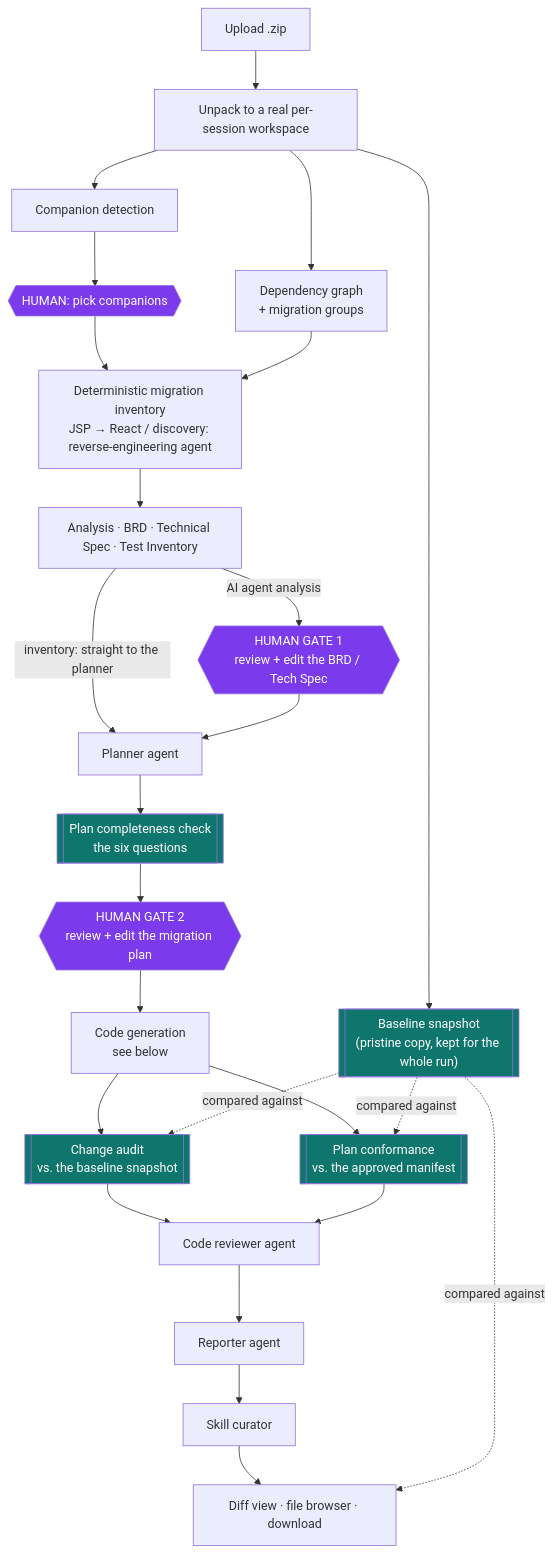
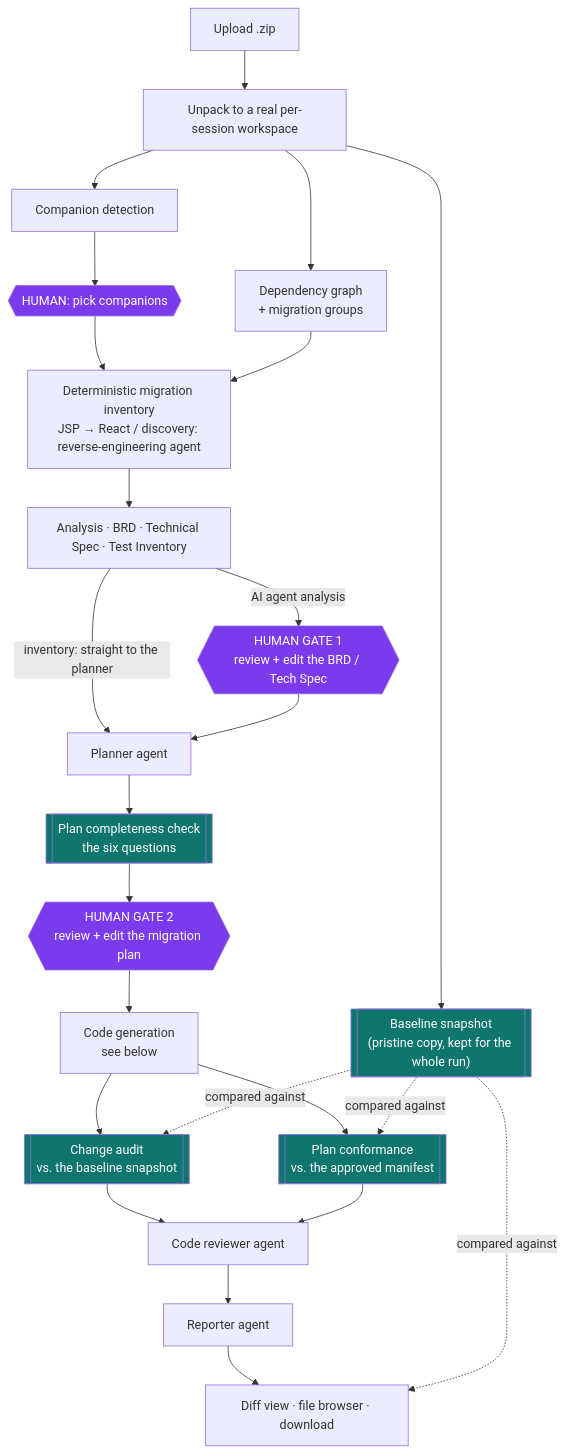
Before and after one commit to Sugeesh-suresh/app-modernizer: the first of 4 diagrams in README.md, drawn with Mermaid. The commit also changed other lines of this file and 42 other files, not shown here.

First line of the commit message:
Remove the skill curator step at the end of the pipeline

````diff
--- a/README.md
+++ b/README.md
@@ -269,38 +269,37 @@
 ```mermaid
 flowchart TD
     U[Upload .zip] --> W[Unpack to a real per-session workspace]
     W --> SNAP[["Baseline snapshot<br/>(pristine copy, kept for the whole run)"]]
     W --> DG[Dependency graph<br/>+ migration groups]
     W --> CD[Companion detection]
     CD --> SEL{{HUMAN: pick companions}}
 
     SEL --> RE[Deterministic migration inventory<br/>JSP → React / discovery: reverse-engineering agent]
     DG --> RE
     RE --> DOC[Analysis · BRD · Technical Spec · Test Inventory]
     DOC -->|inventory: straight to the planner| PLAN
     DOC -->|AI agent analysis| G1{{"HUMAN GATE 1<br/>review + edit the BRD / Tech Spec"}}
 
     G1 --> PLAN[Planner agent]
     PLAN --> CHK[[Plan completeness check<br/>the six questions]]
     CHK --> G2{{"HUMAN GATE 2<br/>review + edit the migration plan"}}
 
     G2 --> CODE[Code generation<br/>see below]
     CODE --> AUDIT[[Change audit<br/>vs. the baseline snapshot]]
     CODE --> CONF[[Plan conformance<br/>vs. the approved manifest]]
     AUDIT --> CR[Code reviewer agent]
     CONF --> CR
-    CR --> REP[Reporter agent] --> CUR[Skill curator]
-    CUR --> OUT[Diff view · file browser · download]
+    CR --> REP[Reporter agent] --> OUT[Diff view · file browser · download]
 
     SNAP -.compared against.-> AUDIT
     SNAP -.compared against.-> CONF
     SNAP -.compared against.-> OUT
 
     style G1 fill:#7c3aed,color:#fff
     style G2 fill:#7c3aed,color:#fff
     style SEL fill:#7c3aed,color:#fff
     style SNAP fill:#0f766e,color:#fff
     style CHK fill:#0f766e,color:#fff
     style AUDIT fill:#0f766e,color:#fff
     style CONF fill:#0f766e,color:#fff
 ```
````
